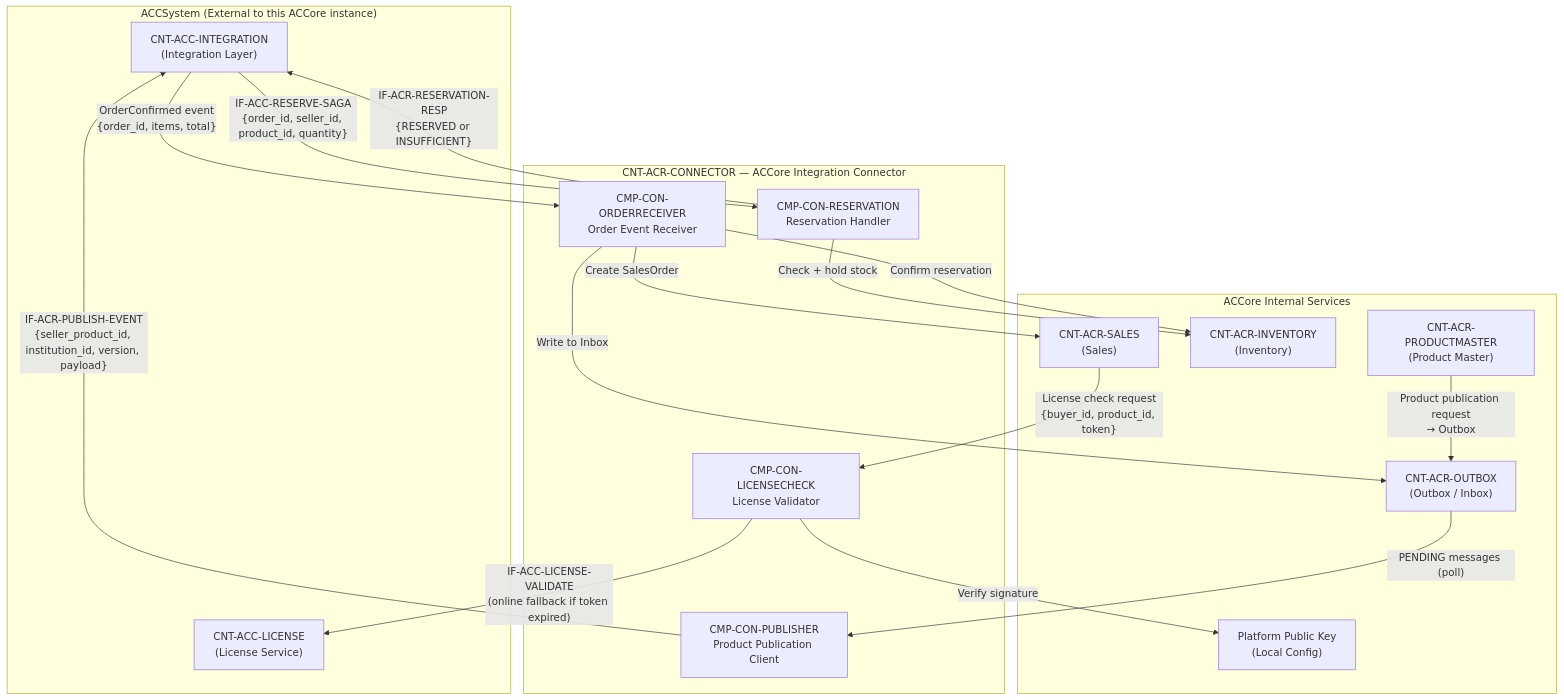
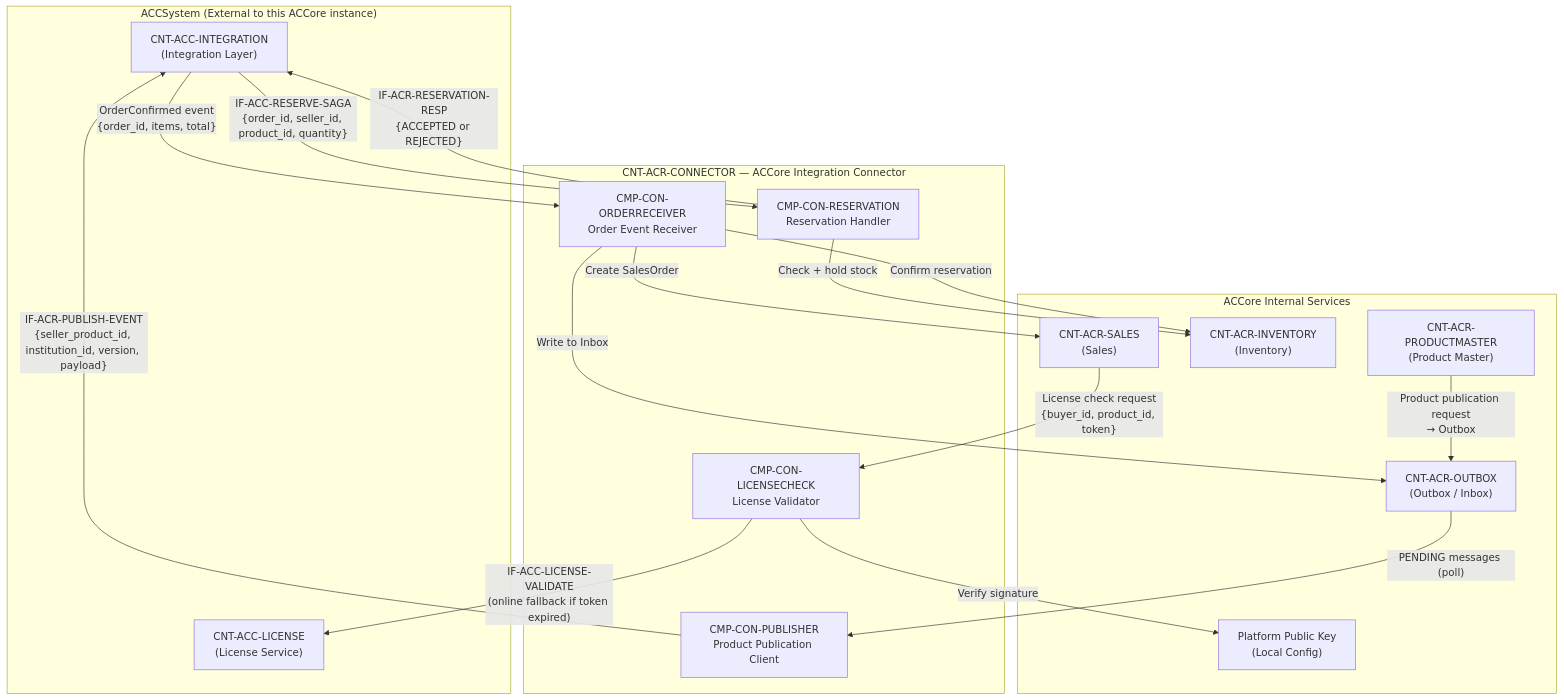
Before and after one commit to Emran025/accsystem: the diagram in acc-architecture/c3-components/CNT-ACR-CONNECTOR/component-diagram.md, drawn with Mermaid. The commit also changed 23 other files, not shown here.

First line of the commit message:
fix(architecture): align validation and reservation contracts

````diff
--- a/acc-architecture/c3-components/CNT-ACR-CONNECTOR/component-diagram.md
+++ b/acc-architecture/c3-components/CNT-ACR-CONNECTOR/component-diagram.md
@@ -11,43 +11,43 @@
 ```mermaid
 flowchart TD
     subgraph ACCSystem["ACCSystem (External to this ACCore instance)"]
         INTEGRATION["CNT-ACC-INTEGRATION\n(Integration Layer)"]
         LICENSE["CNT-ACC-LICENSE\n(License Service)"]
     end
 
     subgraph ACCore["CNT-ACR-CONNECTOR — ACCore Integration Connector"]
         PUBLISHER["CMP-CON-PUBLISHER\nProduct Publication Client"]
         RESERVATION["CMP-CON-RESERVATION\nReservation Handler"]
         ORDERRECEIVER["CMP-CON-ORDERRECEIVER\nOrder Event Receiver"]
         LICENSECHECK["CMP-CON-LICENSECHECK\nLicense Validator"]
     end
 
     subgraph ACCoreInternals["ACCore Internal Services"]
         OUTBOX["CNT-ACR-OUTBOX\n(Outbox / Inbox)"]
         PRODUCTMASTER["CNT-ACR-PRODUCTMASTER\n(Product Master)"]
         INVENTORY["CNT-ACR-INVENTORY\n(Inventory)"]
         SALES["CNT-ACR-SALES\n(Sales)"]
         KEYSTORE["Platform Public Key\n(Local Config)"]
     end
 
     %% Publication flow (ACCore → ACCSystem)
     PRODUCTMASTER -->|"Product publication request\n→ Outbox"| OUTBOX
     OUTBOX -->|"PENDING messages (poll)"| PUBLISHER
     PUBLISHER -->|"IF-ACR-PUBLISH-EVENT\n{seller_product_id, institution_id, version, payload}"| INTEGRATION
 
     %% Reservation flow (ACCSystem → ACCore → ACCSystem)
     INTEGRATION -->|"IF-ACC-RESERVE-SAGA\n{order_id, seller_id, product_id, quantity}"| RESERVATION
     RESERVATION -->|"Check + hold stock"| INVENTORY
-    RESERVATION -->|"IF-ACR-RESERVATION-RESP\n{RESERVED or INSUFFICIENT}"| INTEGRATION
+    RESERVATION -->|"IF-ACR-RESERVATION-RESP\n{ACCEPTED or REJECTED}"| INTEGRATION
 
     %% Order confirmation flow (ACCSystem → ACCore)
     INTEGRATION -->|"OrderConfirmed event\n{order_id, items, total}"| ORDERRECEIVER
     ORDERRECEIVER -->|"Write to Inbox"| OUTBOX
     ORDERRECEIVER -->|"Create SalesOrder"| SALES
     ORDERRECEIVER -->|"Confirm reservation"| INVENTORY
 
     %% License validation flow (ACCore app → local check → optional online)
     SALES -->|"License check request\n{buyer_id, product_id, token}"| LICENSECHECK
     LICENSECHECK -->|"Verify signature"| KEYSTORE
     LICENSECHECK -->|"IF-ACC-LICENSE-VALIDATE\n(online fallback if token expired)"| LICENSE
 ```
````
